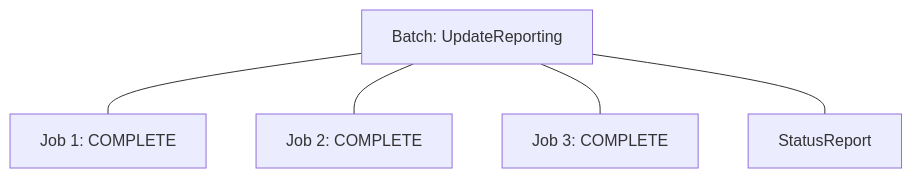
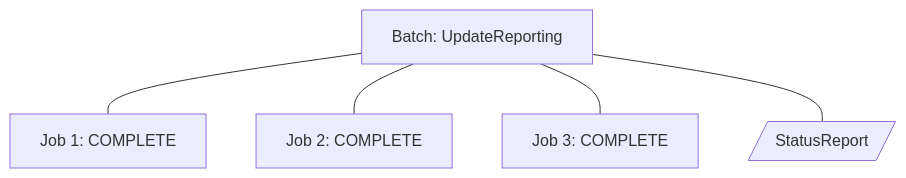
Before and after one commit to CDLUC3/mrt-doc: diagram 31 of 33 in design/queue-2023/use-cases.md, drawn with Mermaid. The commit also changed other lines of this file, not shown here.

````diff
--- a/design/queue-2023/use-cases.md
+++ b/design/queue-2023/use-cases.md
@@ -369,11 +373,12 @@
 ```mermaid
 graph TD
   Batch[Batch: UpdateReporting]
   Job1[Job 1: COMPLETE]
   Job2[Job 2: COMPLETE]
   Job3[Job 3: COMPLETE]
   Batch --- Job1
   Batch --- Job2
   Batch --- Job3
+  StatusReport[/StatusReport/]
   Batch --- StatusReport
 ```
````
